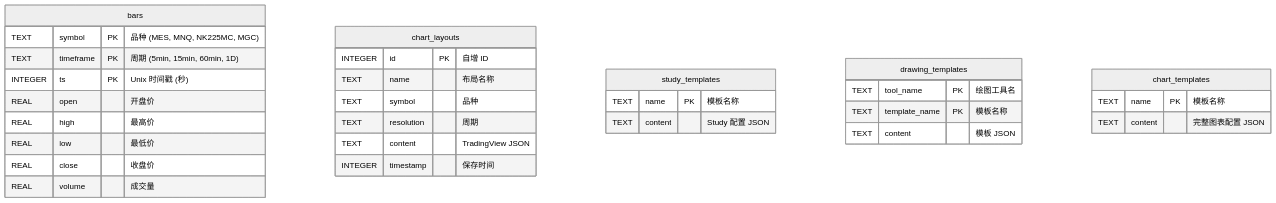
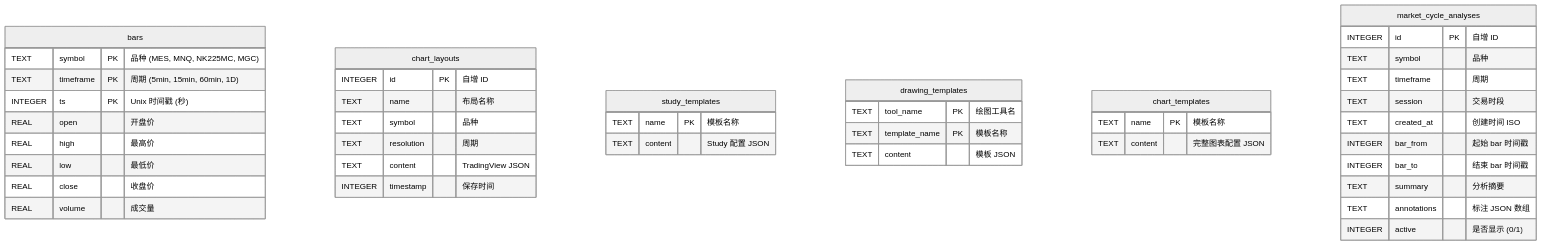
The seventh of 7 diagrams in priceaction/README.md (ditto0907/TradeDev), drawn with Mermaid (neutral theme) before and after one commit. The commit also changed other lines of this file and 10 other files, not shown here.

````diff
--- a/priceaction/README.md
+++ b/priceaction/README.md
@@ -379,38 +428,51 @@
 ```mermaid
 erDiagram
     bars {
         TEXT symbol PK "品种 (MES, MNQ, NK225MC, MGC)"
         TEXT timeframe PK "周期 (5min, 15min, 60min, 1D)"
         INTEGER ts PK "Unix 时间戳 (秒)"
         REAL open "开盘价"
         REAL high "最高价"
         REAL low "最低价"
         REAL close "收盘价"
         REAL volume "成交量"
     }
 
     chart_layouts {
         INTEGER id PK "自增 ID"
         TEXT name "布局名称"
         TEXT symbol "品种"
         TEXT resolution "周期"
         TEXT content "TradingView JSON"
         INTEGER timestamp "保存时间"
     }
 
     study_templates {
         TEXT name PK "模板名称"
         TEXT content "Study 配置 JSON"
     }
 
     drawing_templates {
         TEXT tool_name PK "绘图工具名"
         TEXT template_name PK "模板名称"
         TEXT content "模板 JSON"
     }
 
     chart_templates {
         TEXT name PK "模板名称"
         TEXT content "完整图表配置 JSON"
     }
+
+    market_cycle_analyses {
+        INTEGER id PK "自增 ID"
+        TEXT symbol "品种"
+        TEXT timeframe "周期"
+        TEXT session "交易时段"
+        TEXT created_at "创建时间 ISO"
+        INTEGER bar_from "起始 bar 时间戳"
+        INTEGER bar_to "结束 bar 时间戳"
+        TEXT summary "分析摘要"
+        TEXT annotations "标注 JSON 数组"
+        INTEGER active "是否显示 (0/1)"
+    }
 ```
````
